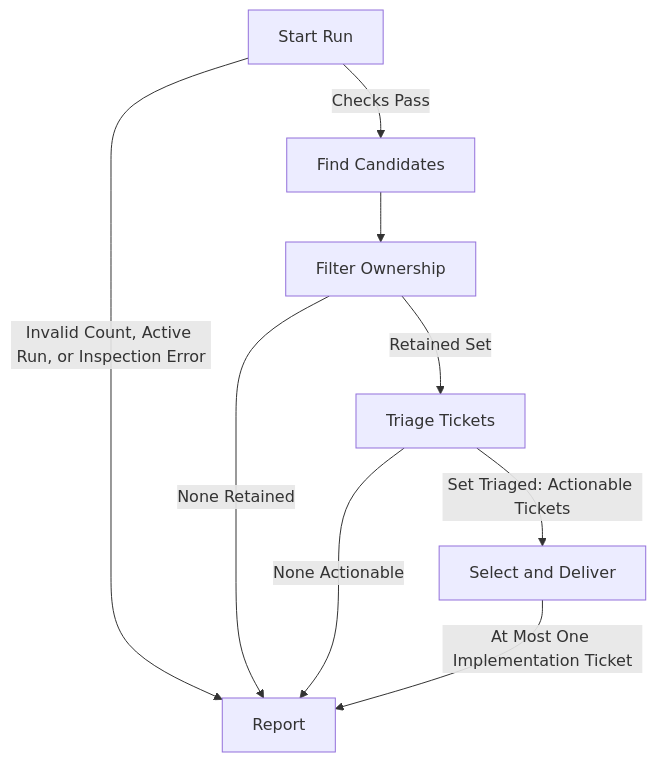
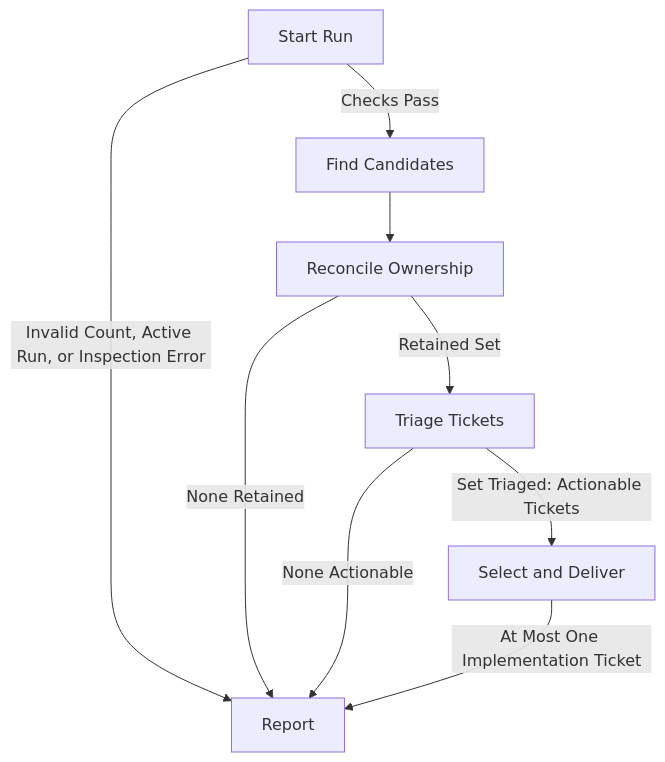
One commit to schmingle/config changed the diagram in .codex/skills/linear-ticket/SKILL.md. Above: the diagram before and after it, drawn with Mermaid. The commit also changed other lines of this file, not shown here.

Commit message:
Reconcile Linear ownership and allow bounded announced handoffs

````diff
--- a/.codex/skills/linear-ticket/SKILL.md
+++ b/.codex/skills/linear-ticket/SKILL.md
@@ -25,11 +25,11 @@
 ```mermaid
 flowchart TD
     Start[Start Run] -->|Checks Pass| Find[Find Candidates]
     Start -->|Invalid Count, Active Run, or Inspection Error| Report[Report]
-    Find --> Filter[Filter Ownership]
+    Find --> Filter[Reconcile Ownership]
     Filter -->|Retained Set| Triage[Triage Tickets]
     Filter -->|None Retained| Report
     Triage -->|Set Triaged: Actionable Tickets| Deliver[Select and Deliver]
     Triage -->|None Actionable| Report
     Deliver -->|At Most One Implementation Ticket| Report
 ```
````
